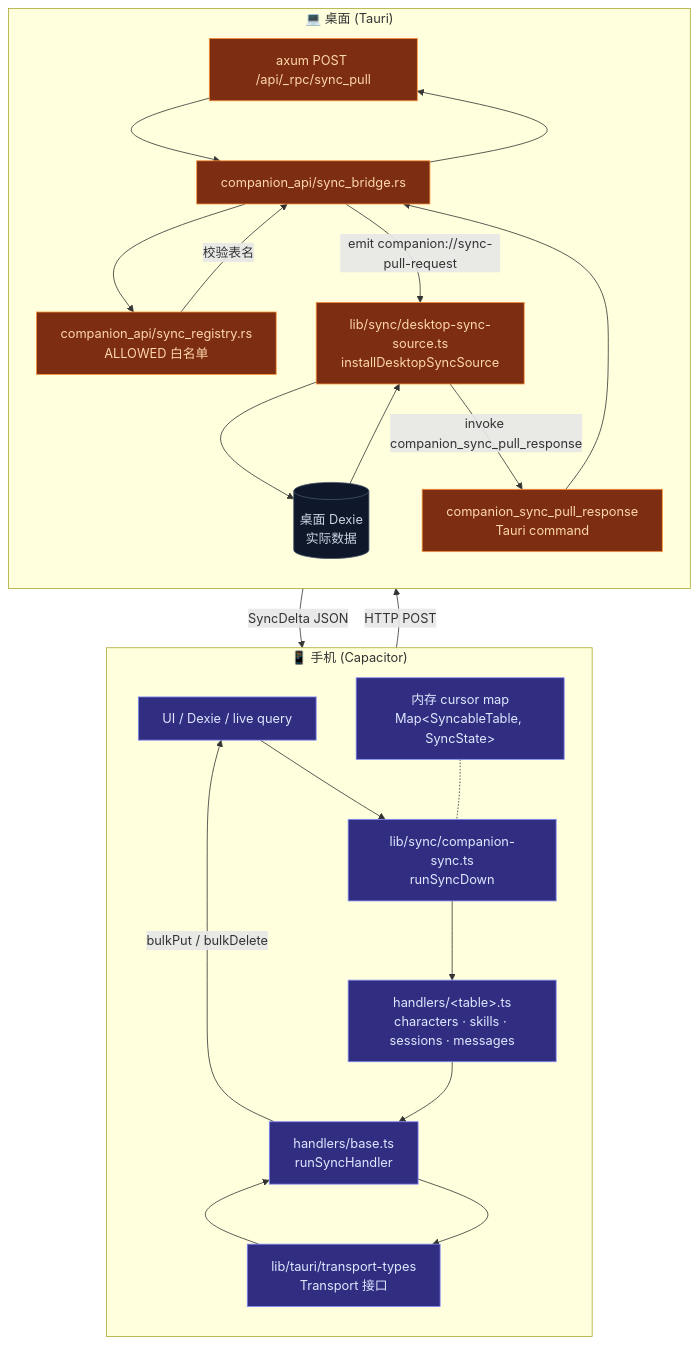
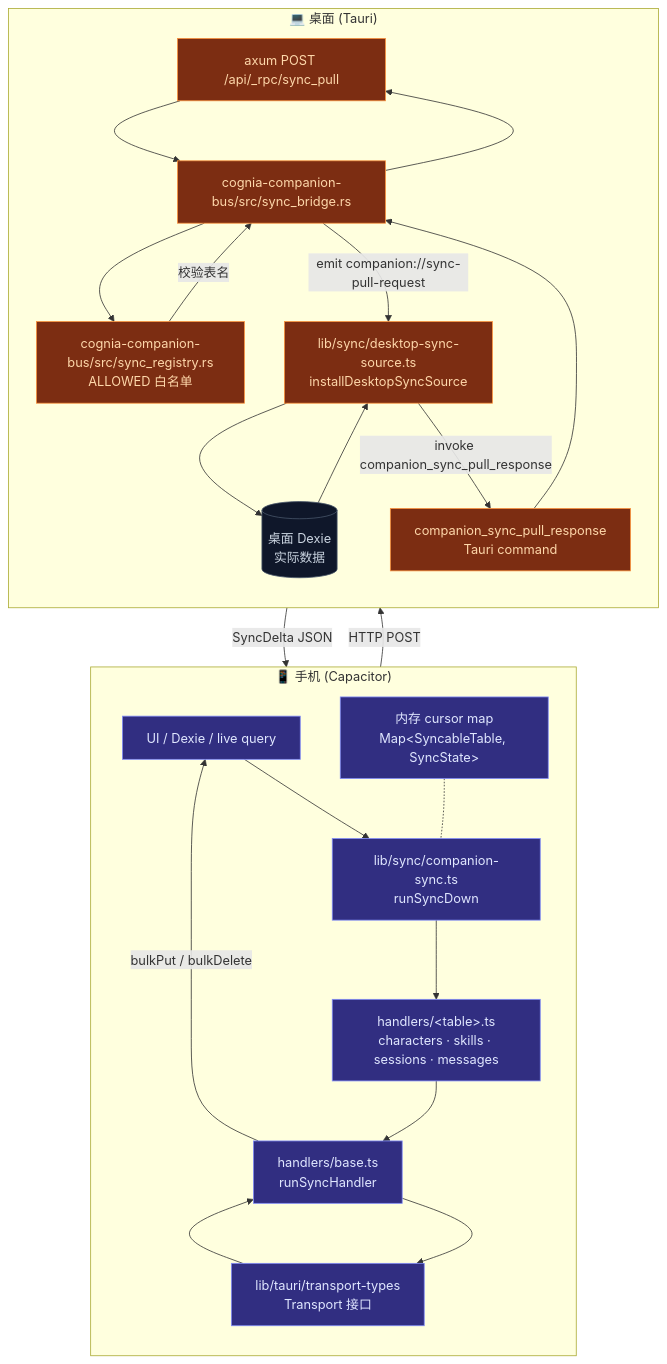
One commit to MaxQian888/cognia-next changed the first of 2 diagrams in docs/content/docs/zh/data/sync-system.mdx. Above: the diagram before and after it, drawn with Mermaid. The commit also changed other lines of this file and 37 other files, not shown here.

First line of the commit message:
refactor(companion): move the event bus and bridges into their own crate

````diff
--- a/docs/content/docs/zh/data/sync-system.mdx
+++ b/docs/content/docs/zh/data/sync-system.mdx
@@ -21,48 +21,48 @@
 ```mermaid
 flowchart TB
   subgraph Phone["📱 手机 (Capacitor)"]
     direction TB
     PhoneUI[UI / Dexie / live query]
     PhoneSync[lib/sync/companion-sync.ts<br/>runSyncDown]
     Handlers[handlers/&lt;table&gt;.ts<br/>characters · skills · sessions · messages]
     Base[handlers/base.ts<br/>runSyncHandler]
     Transport[lib/tauri/transport-types<br/>Transport 接口]
     Cursors[内存 cursor map<br/>Map&lt;SyncableTable, SyncState&gt;]
   end
 
   subgraph Desktop["💻 桌面 (Tauri)"]
     direction TB
     DeskHTTP[axum POST /api/_rpc/sync_pull]
-    Bridge[companion_api/sync_bridge.rs]
-    Registry[companion_api/sync_registry.rs<br/>ALLOWED 白名单]
+    Bridge[cognia-companion-bus/src/sync_bridge.rs]
+    Registry[cognia-companion-bus/src/sync_registry.rs<br/>ALLOWED 白名单]
     Source[lib/sync/desktop-sync-source.ts<br/>installDesktopSyncSource]
     Dexie[(桌面 Dexie<br/>实际数据)]
     RespCmd[companion_sync_pull_response<br/>Tauri command]
   end
 
   PhoneUI --> PhoneSync
   PhoneSync --> Handlers
   Handlers --> Base
   Base --> Transport
   Transport -- "HTTP POST" --> DeskHTTP
   DeskHTTP --> Bridge
   Bridge --> Registry
   Registry -- "校验表名" --> Bridge
   Bridge -- "emit companion://sync-pull-request" --> Source
   Source --> Dexie
   Dexie --> Source
   Source -- "invoke companion_sync_pull_response" --> RespCmd
   RespCmd --> Bridge
   Bridge --> DeskHTTP
   DeskHTTP -- "SyncDelta JSON" --> Transport
   Transport --> Base
   Base -- "bulkPut / bulkDelete" --> PhoneUI
   Cursors -.- PhoneSync
 
   classDef phone fill:#312e81,stroke:#818cf8,color:#e0e7ff
   classDef desk fill:#7c2d12,stroke:#fb923c,color:#fed7aa
   classDef storage fill:#0f172a,stroke:#475569,color:#cbd5e1
   class PhoneUI,PhoneSync,Handlers,Base,Transport,Cursors phone
   class DeskHTTP,Bridge,Registry,Source,RespCmd desk
   class Dexie storage
 ```
````
